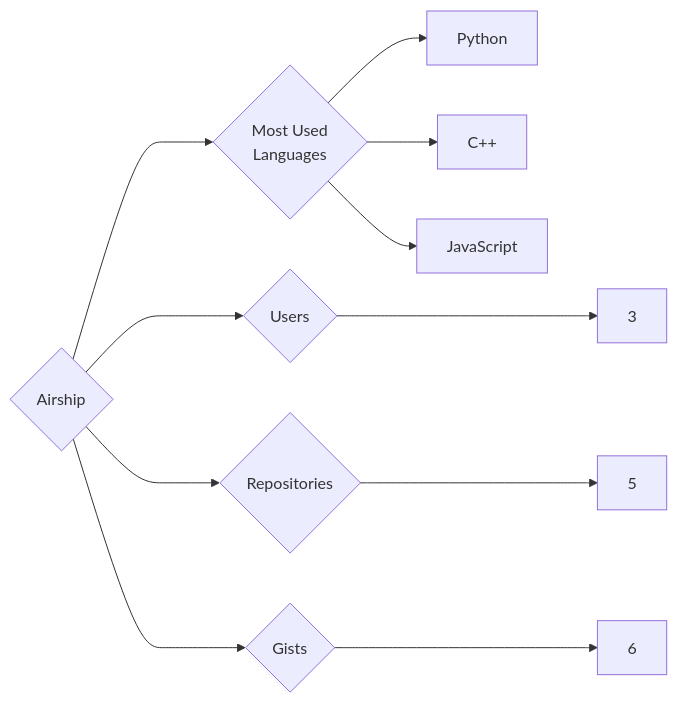
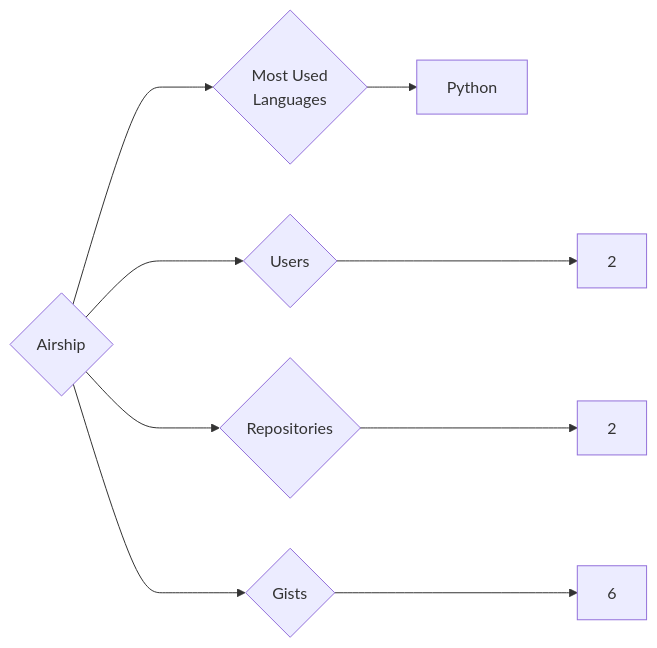
Before and after one commit to trickest/insiders: the diagram in targets/Airship/README.md, drawn with Mermaid. The commit also changed 815 other files, not shown here.

````diff
--- a/targets/Airship/README.md
+++ b/targets/Airship/README.md
@@ -3,11 +3,9 @@
 ```mermaid
 graph LR
 COMPANY_NAME{Airship}
-COMPANY_NAME ---> U{Users} ---> UN[3]
-COMPANY_NAME ---> R{Repositories} ---> RN[5]
+COMPANY_NAME ---> U{Users} ---> UN[2]
+COMPANY_NAME ---> R{Repositories} ---> RN[2]
 COMPANY_NAME ---> G{Gists} ---> GN[6]
 COMPANY_NAME ---> ML{Most Used<br>Languages}
 ML --> Python[Python]
-ML --> C++[C++]
-ML --> JavaScript[JavaScript]
 ```
````
